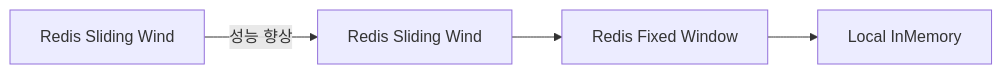
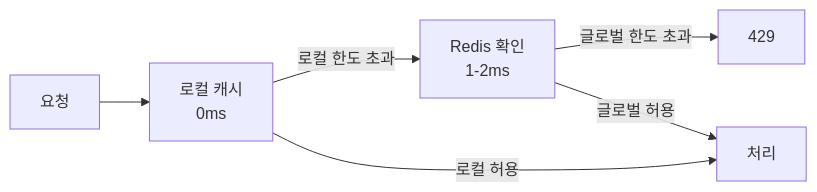
The ninth of 10 diagrams in _posts/spring/2026-05-01-rate-limiting.md (yjkim2015/yjkim2015.github.io), drawn with Mermaid before and after one commit. The commit also changed other lines of this file and 4 other files, not shown here.

````diff
--- a/_posts/spring/2026-05-01-rate-limiting.md
+++ b/_posts/spring/2026-05-01-rate-limiting.md
@@ -921,8 +1570,8 @@
 ```mermaid
 graph LR
-    A["Redis Sliding Wind"]
-    B["Redis Sliding Wind"]
-    C["Redis Fixed Window"]
-    D["Local InMemory"]
-    A -->|"성능 향상"| B --> C --> D
+    REQ["요청"] --> LC["로컬 캐시\n0ms"]
+    LC -->|"로컬 한도 초과"| RD["Redis 확인\n1-2ms"]
+    RD -->|"글로벌 한도 초과"| DENY["429"]
+    LC -->|"로컬 허용"| OK["처리"]
+    RD -->|"글로벌 허용"| OK
 ```
````
